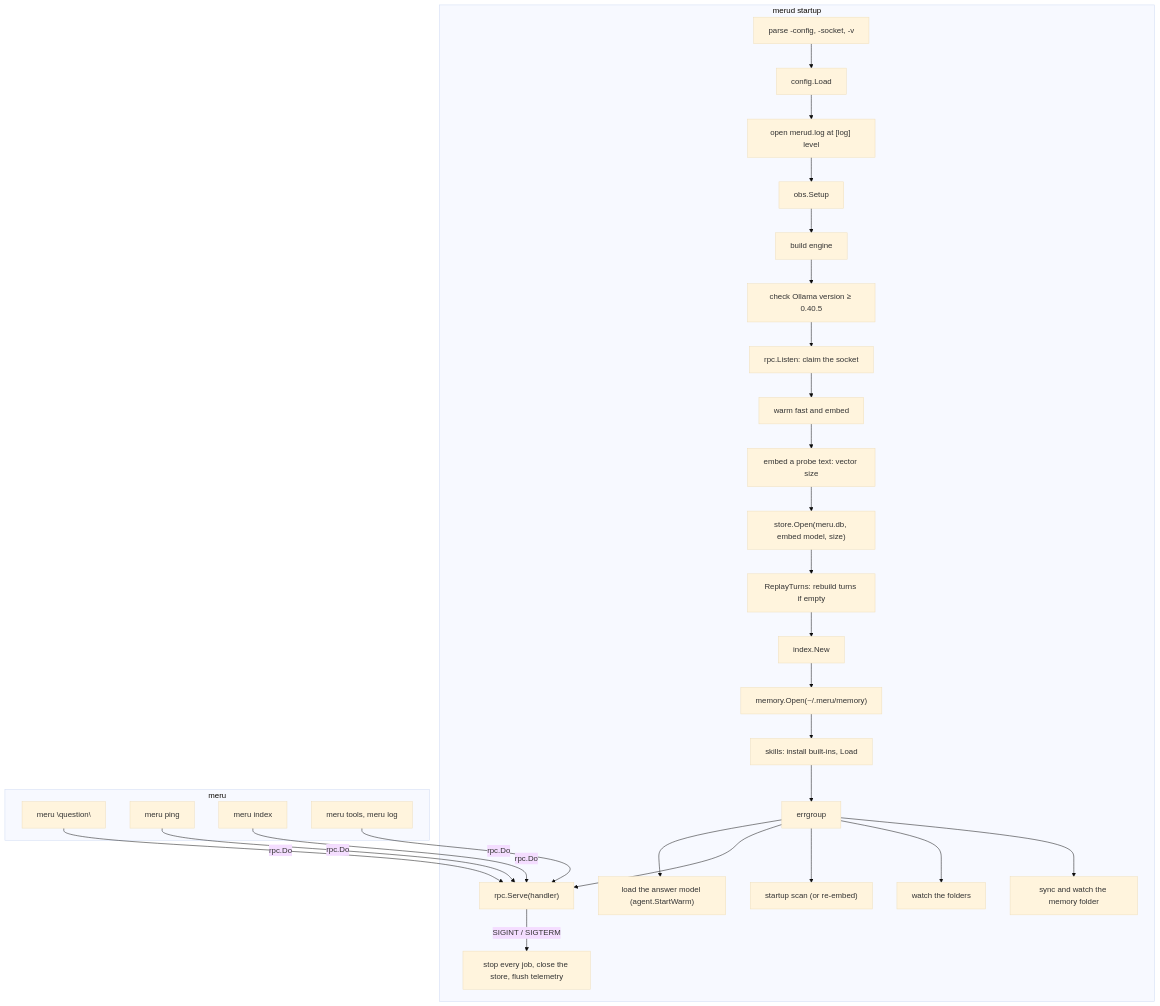
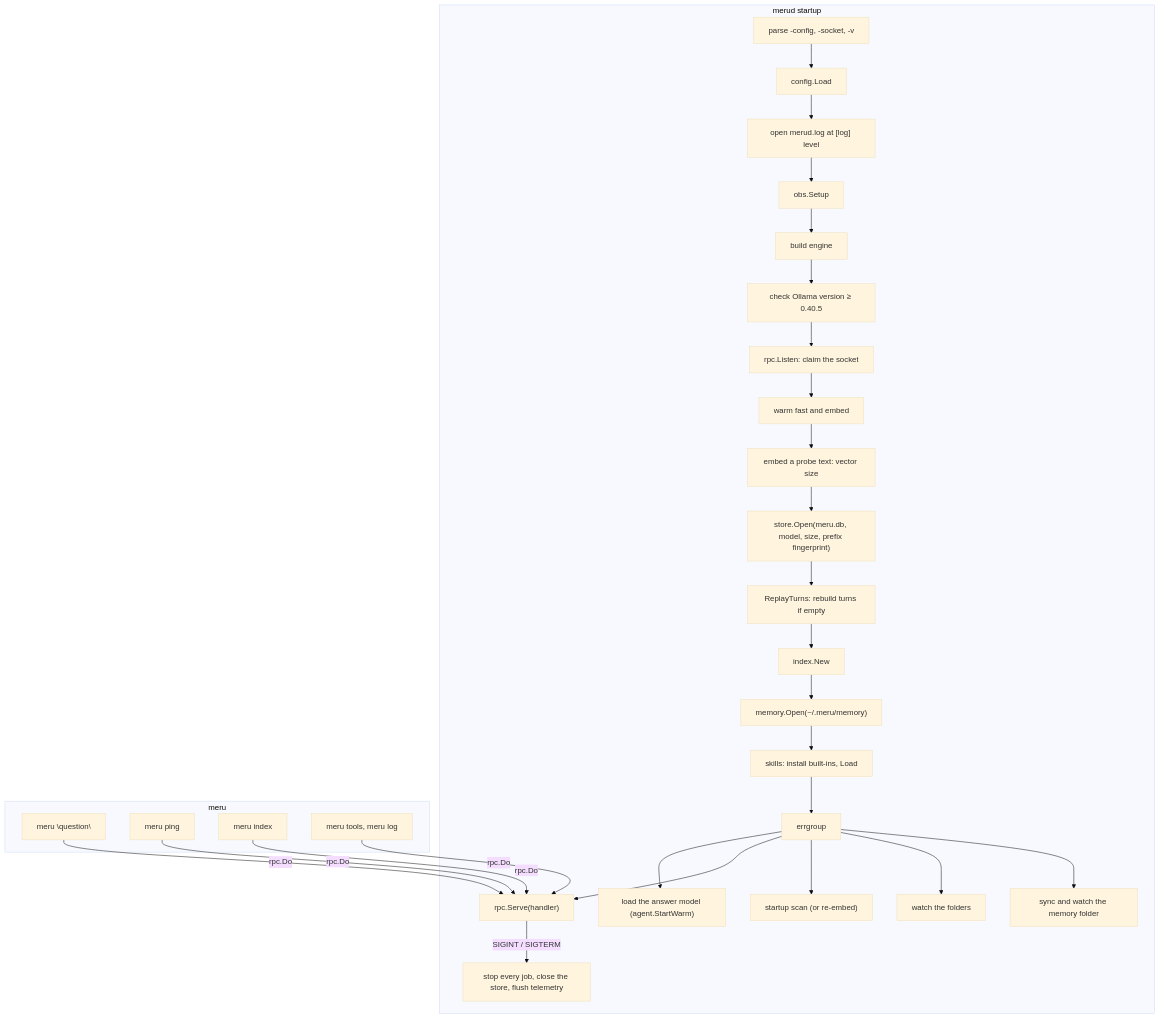
Before and after one commit to aarora79/meru: the diagram in docs/coding-notes/merud.md, drawn with Mermaid (base theme). The commit also changed other lines of this file and 17 other files, not shown here.

````diff
--- a/docs/coding-notes/merud.md
+++ b/docs/coding-notes/merud.md
@@ -20,31 +20,31 @@
 ```mermaid
 flowchart TB
     subgraph merud["merud startup"]
         F["parse -config, -socket, -v"] --> L["config.Load"]
         L --> G["open merud.log at [log] level"]
         G --> O["obs.Setup"]
         O --> E["build engine"]
         E --> V["check Ollama version ≥ 0.40.5"]
         V --> S["rpc.Listen: claim the socket"]
         S --> W["warm fast and embed"]
         W --> D["embed a probe text: vector size"]
-        D --> ST["store.Open(meru.db, embed model, size)"]
+        D --> ST["store.Open(meru.db, model, size, prefix fingerprint)"]
         ST --> RT["ReplayTurns: rebuild turns if empty"]
         RT --> IX["index.New"]
         IX --> MO["memory.Open(~/.meru/memory)"]
         MO --> SK["skills: install built-ins, Load"]
         SK --> G2["errgroup"]
         G2 --> WM2["load the answer model (agent.StartWarm)"]
         G2 --> R["rpc.Serve(handler)"]
         G2 --> SC["startup scan (or re-embed)"]
         G2 --> WA["watch the folders"]
         G2 --> WM["sync and watch the memory folder"]
         R -- "SIGINT / SIGTERM" --> X["stop every job, close the store, flush telemetry"]
     end
     subgraph meru["meru"]
         A["meru \"question\""] -- "rpc.Do" --> R
         P["meru ping"] -- "rpc.Do" --> R
         I["meru index"] -- "rpc.Do" --> R
         T["meru tools, meru log"] -- "rpc.Do" --> R
     end
 ```
````
